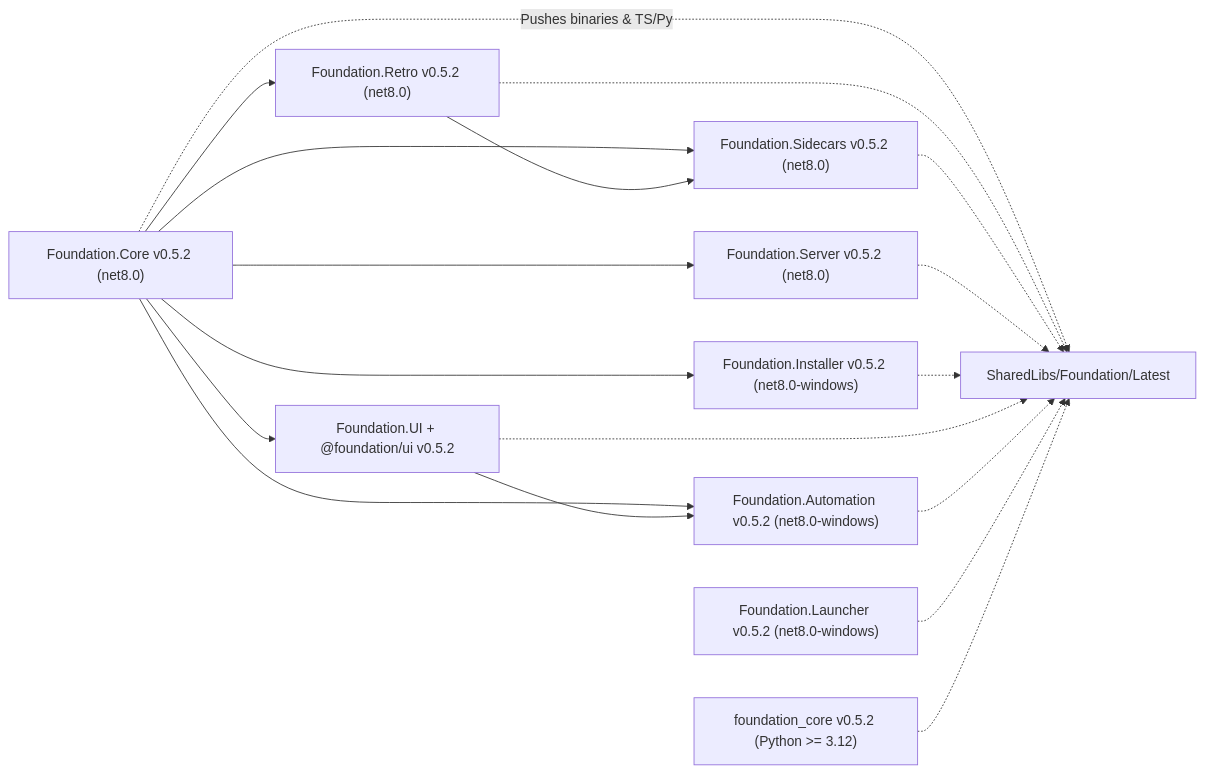
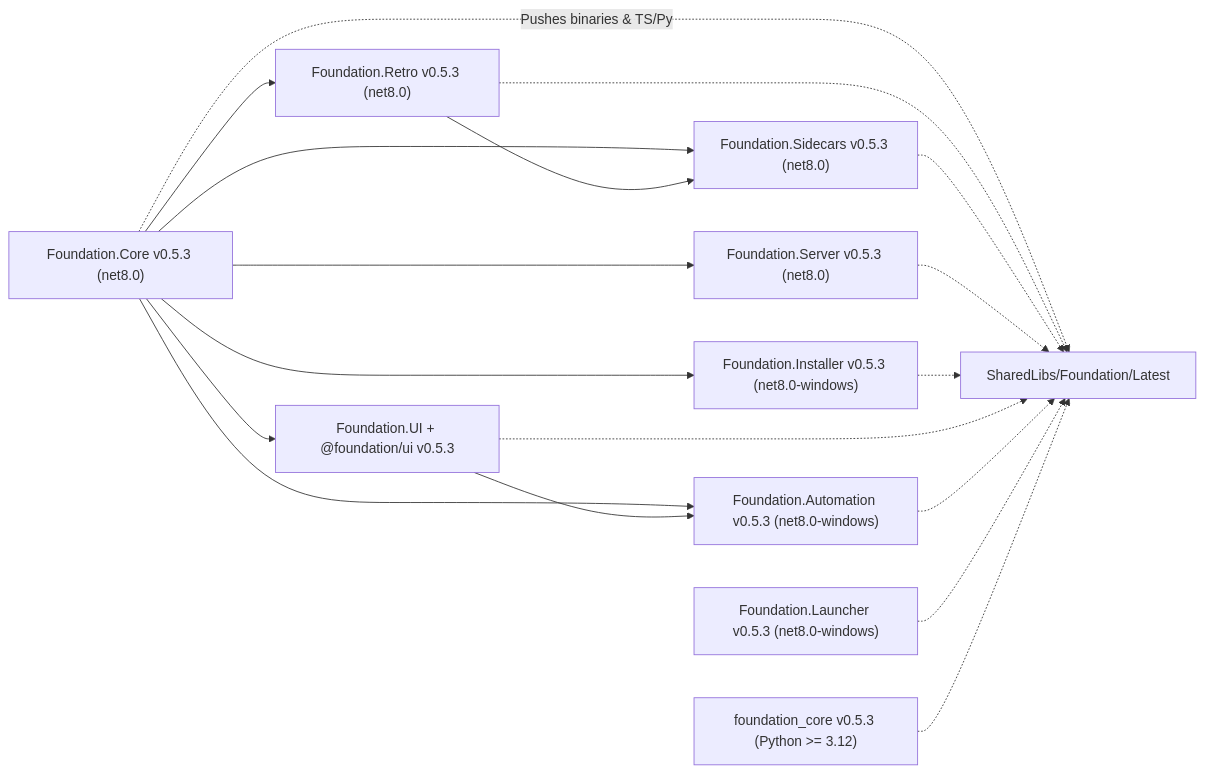
Before and after one commit to StreamItAllGit/Foundation: the diagram in Dev/docs/ARCHITECTURE.md, drawn with Mermaid. The commit also changed other lines of this file and 52 other files, not shown here.

````diff
--- a/Dev/docs/ARCHITECTURE.md
+++ b/Dev/docs/ARCHITECTURE.md
@@ -12,31 +12,31 @@
 ```mermaid
 flowchart LR
-    Core["Foundation.Core v0.5.2 (net8.0)"]
-    Retro["Foundation.Retro v0.5.2 (net8.0)"]
-    Sidecars["Foundation.Sidecars v0.5.2 (net8.0)"]
-    Server["Foundation.Server v0.5.2 (net8.0)"]
-    Installer["Foundation.Installer v0.5.2 (net8.0-windows)"]
-    UI["Foundation.UI + @foundation/ui v0.5.2"]
-    Automation["Foundation.Automation v0.5.2 (net8.0-windows)"]
-    Launcher["Foundation.Launcher v0.5.2 (net8.0-windows)"]
-    PyCore["foundation_core v0.5.2 (Python >= 3.12)"]
+    Core["Foundation.Core v0.5.3 (net8.0)"]
+    Retro["Foundation.Retro v0.5.3 (net8.0)"]
+    Sidecars["Foundation.Sidecars v0.5.3 (net8.0)"]
+    Server["Foundation.Server v0.5.3 (net8.0)"]
+    Installer["Foundation.Installer v0.5.3 (net8.0-windows)"]
+    UI["Foundation.UI + @foundation/ui v0.5.3"]
+    Automation["Foundation.Automation v0.5.3 (net8.0-windows)"]
+    Launcher["Foundation.Launcher v0.5.3 (net8.0-windows)"]
+    PyCore["foundation_core v0.5.3 (Python >= 3.12)"]
     Hub["SharedLibs/Foundation/Latest"]
 
     Core --> Retro
     Core --> Sidecars
     Retro --> Sidecars
     Core --> Server
     Core --> Installer
     Core --> UI
     Core --> Automation
     UI --> Automation
     Core -. "Pushes binaries & TS/Py" .-> Hub
     Retro -.-> Hub
     Sidecars -.-> Hub
     Server -.-> Hub
     Installer -.-> Hub
     UI -.-> Hub
     Automation -.-> Hub
     Launcher -.-> Hub
     PyCore -.-> Hub
 ```
````
